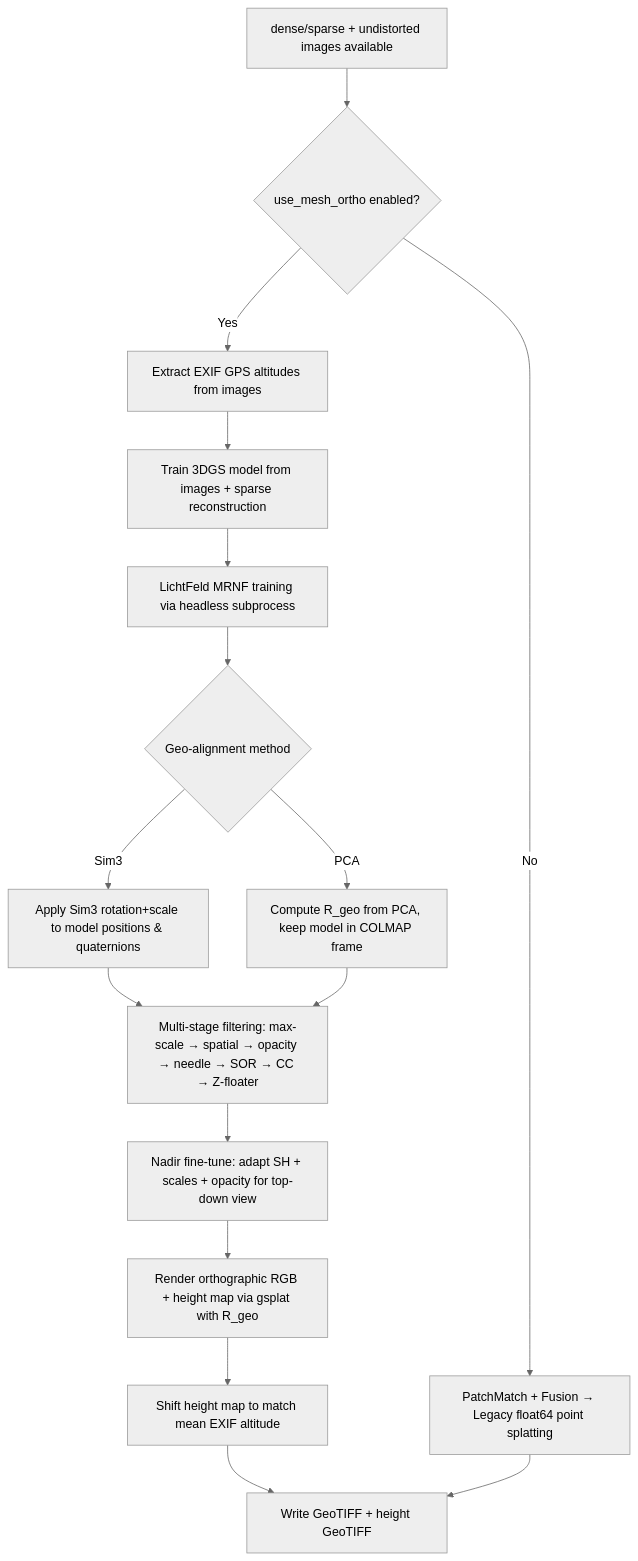
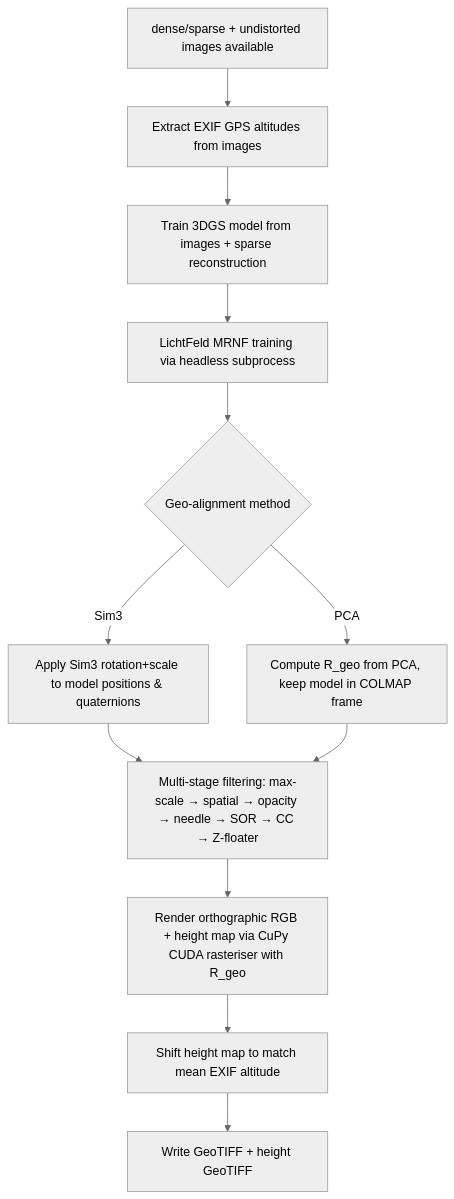
One commit to olivelb/DroneAI changed the fourth of 7 diagrams in DOCUMENTATION.md. Above: the diagram before and after it, drawn with Mermaid (neutral theme). The commit also changed other lines of this file and 40 other files, not shown here.

````diff
--- a/DOCUMENTATION.md
+++ b/DOCUMENTATION.md
@@ -931,18 +856,14 @@
 ```mermaid
 flowchart TD
-  A[dense/sparse + undistorted images available] --> B{use_mesh_ortho enabled?}
-  B -->|Yes| C0[Extract EXIF GPS altitudes from images]
+  A[dense/sparse + undistorted images available] --> C0[Extract EXIF GPS altitudes from images]
   C0 --> C[Train 3DGS model from images + sparse reconstruction]
   C --> C1[LichtFeld MRNF training via headless subprocess]
   C1 --> C2{Geo-alignment method}
   C2 -->|Sim3| D1[Apply Sim3 rotation+scale to model positions & quaternions]
   C2 -->|PCA| D2[Compute R_geo from PCA, keep model in COLMAP frame]
   D1 --> D[Multi-stage filtering: max-scale → spatial → opacity → needle → SOR → CC → Z-floater]
   D2 --> D
-  D --> FT[Nadir fine-tune: adapt SH + scales + opacity for top-down view]
-  FT --> E[Render orthographic RGB + height map via gsplat with R_geo]
+  D --> E[Render orthographic RGB + height map via CuPy CUDA rasteriser with R_geo]
   E --> E1[Shift height map to match mean EXIF altitude]
   E1 --> H[Write GeoTIFF + height GeoTIFF]
-  B -->|No| I[PatchMatch + Fusion → Legacy float64 point splatting]
-  I --> H
 ```
````
